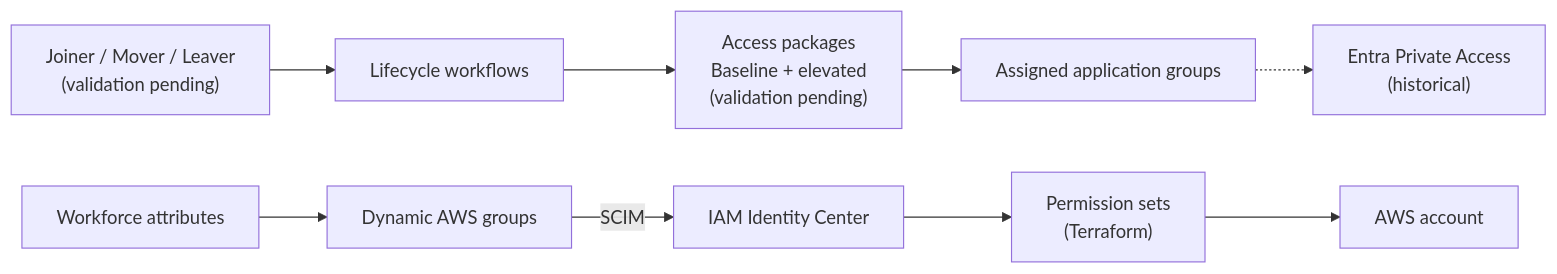
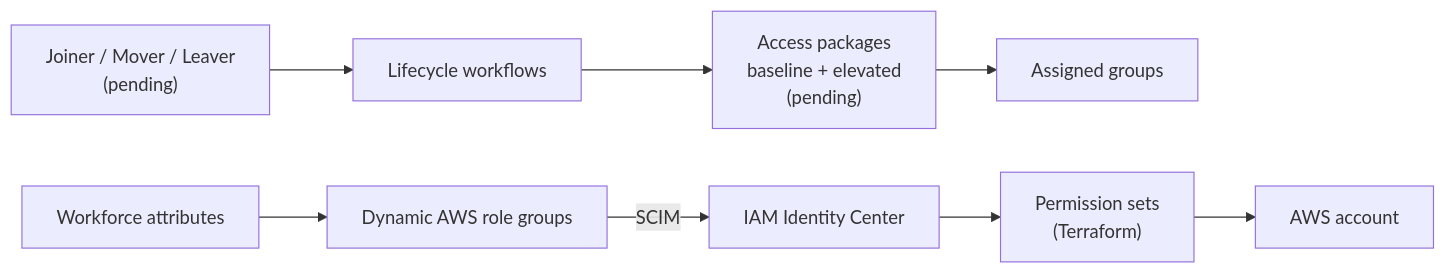
One commit to sindredg/cross-cloud-entra-aws changed the diagram in README.md. Above: the diagram before and after it, drawn with Mermaid. The commit also changed other lines of this file and 12 other files, not shown here.

````diff
--- a/README.md
+++ b/README.md
@@ -26,11 +14,10 @@
 ```mermaid
 flowchart LR
-    Personas["Joiner / Mover / Leaver<br/>(validation pending)"] --> Lifecycle["Lifecycle workflows"]
-    Lifecycle --> Packages["Access packages<br/>Baseline + elevated<br/>(validation pending)"]
-    Packages --> AppGroups["Assigned application groups"]
-    Attributes["Workforce attributes"] --> AWSGroups["Dynamic AWS groups"]
+    Personas["Joiner / Mover / Leaver<br/>(pending)"] --> Lifecycle["Lifecycle workflows"]
+    Lifecycle --> Packages["Access packages<br/>baseline + elevated<br/>(pending)"]
+    Packages --> AppGroups["Assigned groups"]
+    Attributes["Workforce attributes"] --> AWSGroups["Dynamic AWS role groups"]
     AWSGroups -->|"SCIM"| IC["IAM Identity Center"]
     IC --> PermSets["Permission sets<br/>(Terraform)"]
     PermSets --> Account["AWS account"]
-    AppGroups -.-> PA["Entra Private Access<br/>(historical)"]
 ```
````
